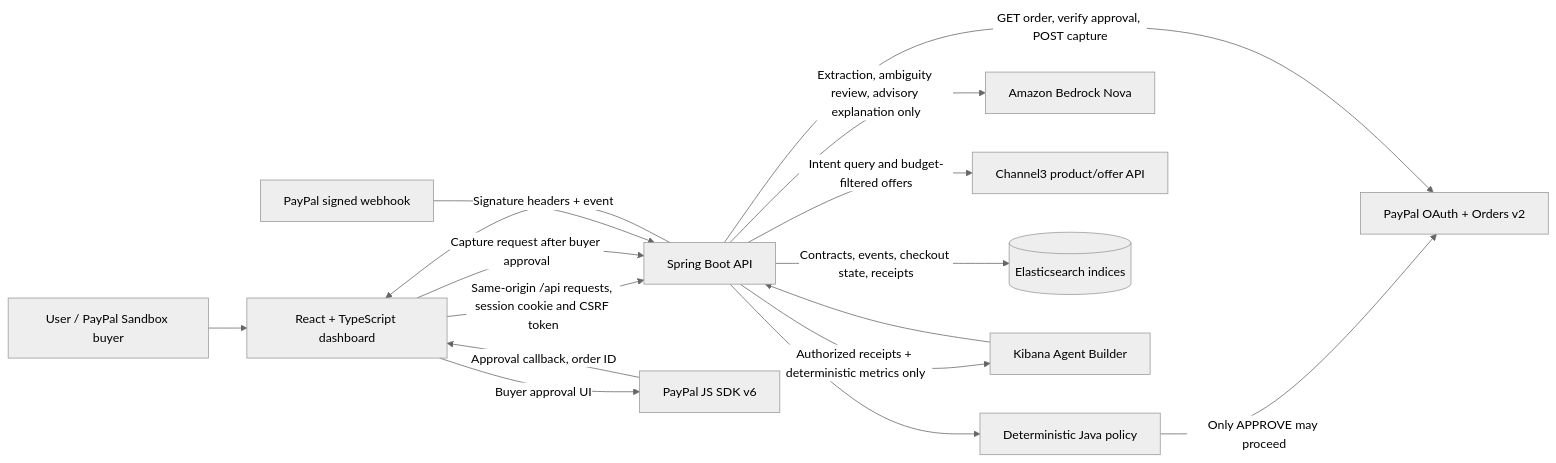
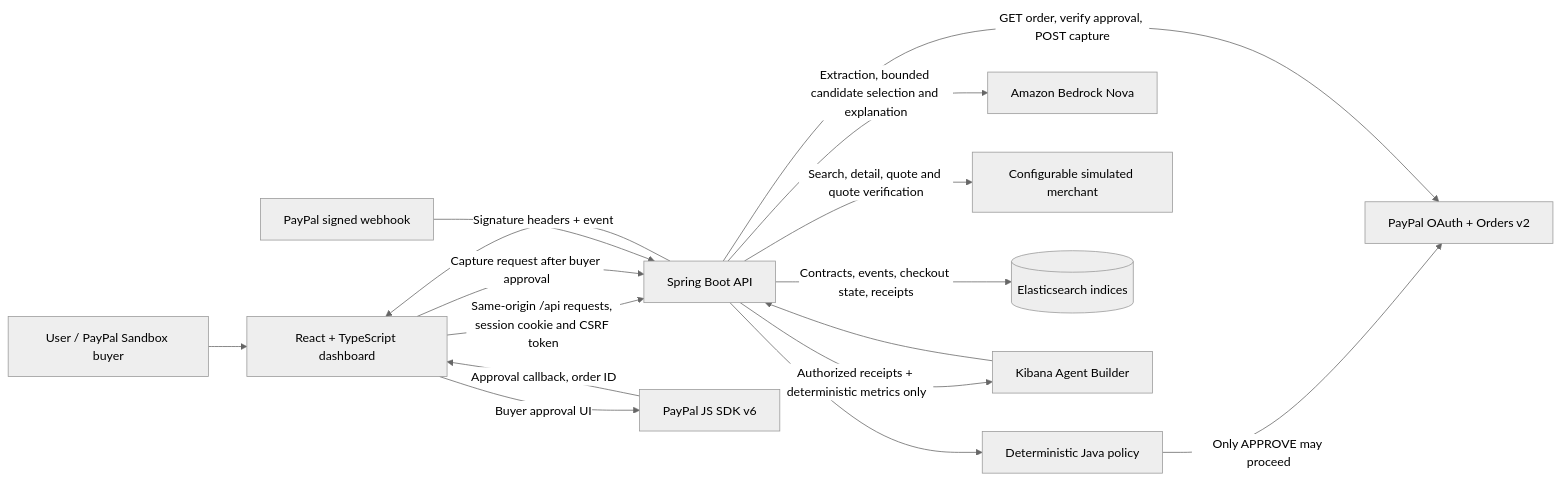
The first of 4 diagrams in docs/architecture.md (aashanashanu/intent-os), drawn with Mermaid (neutral theme) before and after one commit. The commit also changed other lines of this file and 84 other files, not shown here.

Commit message:
Implement simulated merchant shopping journey

````diff
--- a/docs/architecture.md
+++ b/docs/architecture.md
@@ -7,30 +7,30 @@
 ```mermaid
 flowchart LR
     Person[User / PayPal Sandbox buyer]
     Browser[React + TypeScript dashboard]
     Api[Spring Boot API]
     JavaPolicy[Deterministic Java policy]
     Bedrock[Amazon Bedrock Nova]
-    Channel3[Channel3 product/offer API]
+    Merchant[Configurable simulated merchant]
     PayPalOrders[PayPal OAuth + Orders v2]
     PayPalSDK[PayPal JS SDK v6]
     PayPalWebhook[PayPal signed webhook]
     Elasticsearch[(Elasticsearch indices)]
     Kibana[Kibana Agent Builder]
 
     Person --> Browser
     Browser -->|Same-origin /api requests, session cookie and CSRF token| Api
-    Api -->|Extraction, ambiguity review, advisory explanation only| Bedrock
-    Api -->|Intent query and budget-filtered offers| Channel3
+    Api -->|Extraction, bounded candidate selection and explanation| Bedrock
+    Api -->|Search, detail, quote and quote verification| Merchant
     Api --> JavaPolicy
     JavaPolicy -->|Only APPROVE may proceed| PayPalOrders
     Browser -->|Buyer approval UI| PayPalSDK
     PayPalSDK -->|Approval callback, order ID| Browser
     Browser -->|Capture request after buyer approval| Api
     Api -->|GET order, verify approval, POST capture| PayPalOrders
     PayPalWebhook -->|Signature headers + event| Api
     Api -->|Contracts, events, checkout state, receipts| Elasticsearch
     Api -->|Authorized receipts + deterministic metrics only| Kibana
     Kibana --> Api
     Api --> Browser
 ```
````
